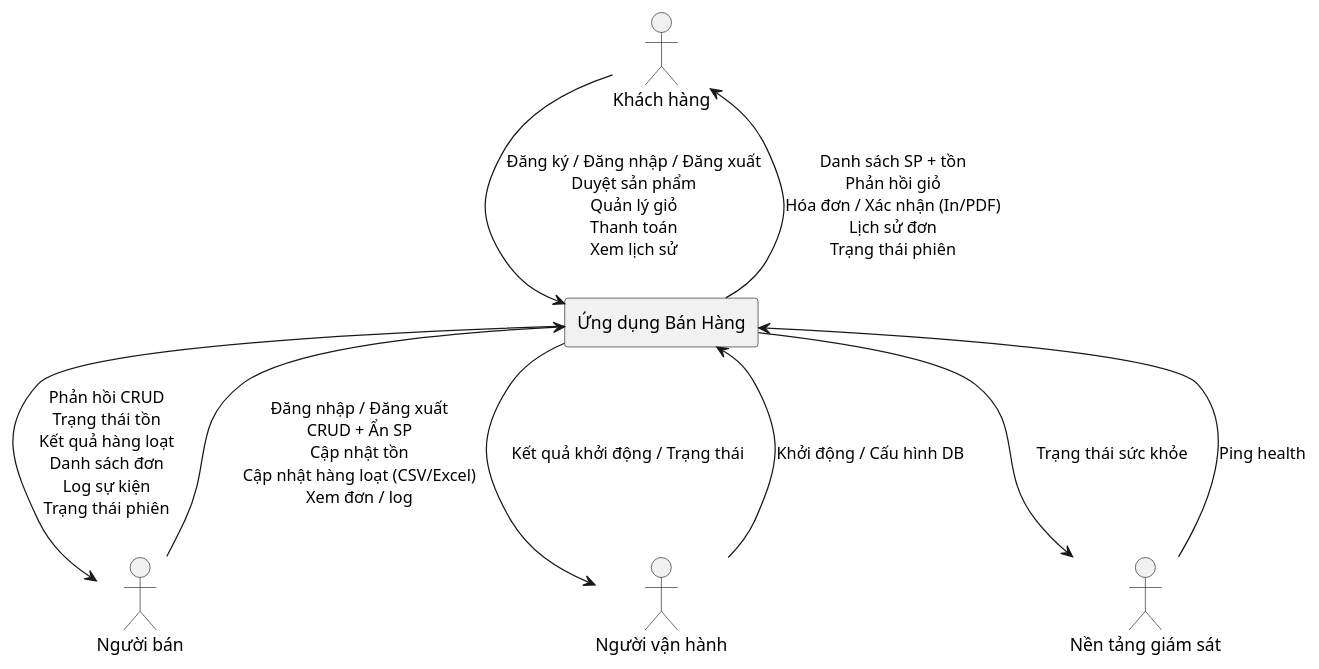
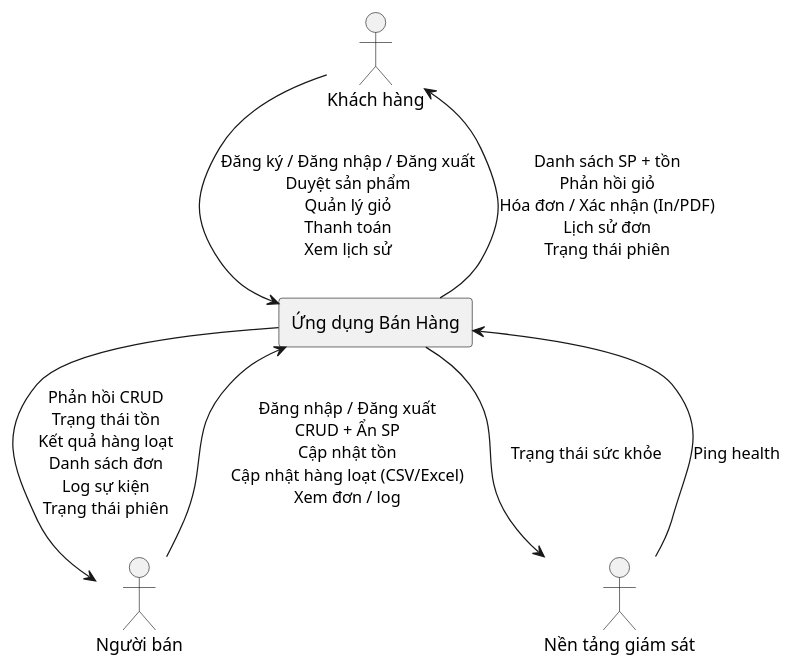
One commit to KhoaNguyen01004/QuanLyBanHang changed the diagram in software_dfd_level0.md. Above: the diagram before and after it, drawn with PlantUML. The commit also changed other lines of this file and 1 other file, not shown here.

````diff
--- a/software_dfd_level0.md
+++ b/software_dfd_level0.md
@@ -144,17 +140,14 @@
 ```plantuml
 @startuml DFD_Level_0
 actor "Khách hàng" as Customer
 actor "Người bán" as Merchant
-actor "Người vận hành" as Ops
 actor "Nền tảng giám sát" as Monitor
 rectangle "Ứng dụng Bán Hàng" as System
 Customer --> System : Đăng ký / Đăng nhập / Đăng xuất\nDuyệt sản phẩm\nQuản lý giỏ\nThanh toán\nXem lịch sử
 System --> Customer : Danh sách SP + tồn\nPhản hồi giỏ\nHóa đơn / Xác nhận (In/PDF)\nLịch sử đơn\nTrạng thái phiên
 Merchant --> System : Đăng nhập / Đăng xuất\nCRUD + Ẩn SP\nCập nhật tồn\nCập nhật hàng loạt (CSV/Excel)\nXem đơn / log
 System --> Merchant : Phản hồi CRUD\nTrạng thái tồn\nKết quả hàng loạt\nDanh sách đơn\nLog sự kiện\nTrạng thái phiên
-Ops --> System : Khởi động / Cấu hình DB
-System --> Ops : Kết quả khởi động / Trạng thái
 Monitor --> System : Ping health
 System --> Monitor : Trạng thái sức khỏe
 @enduml
 ```
````
